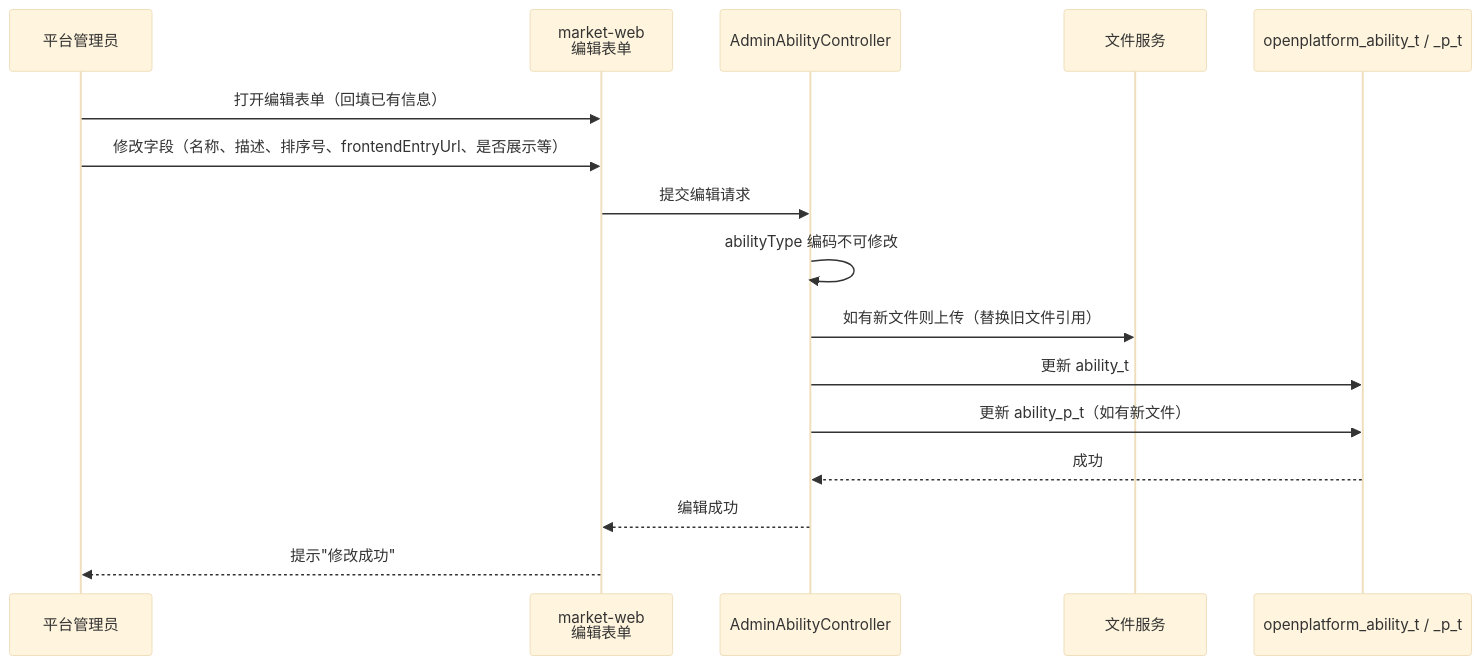
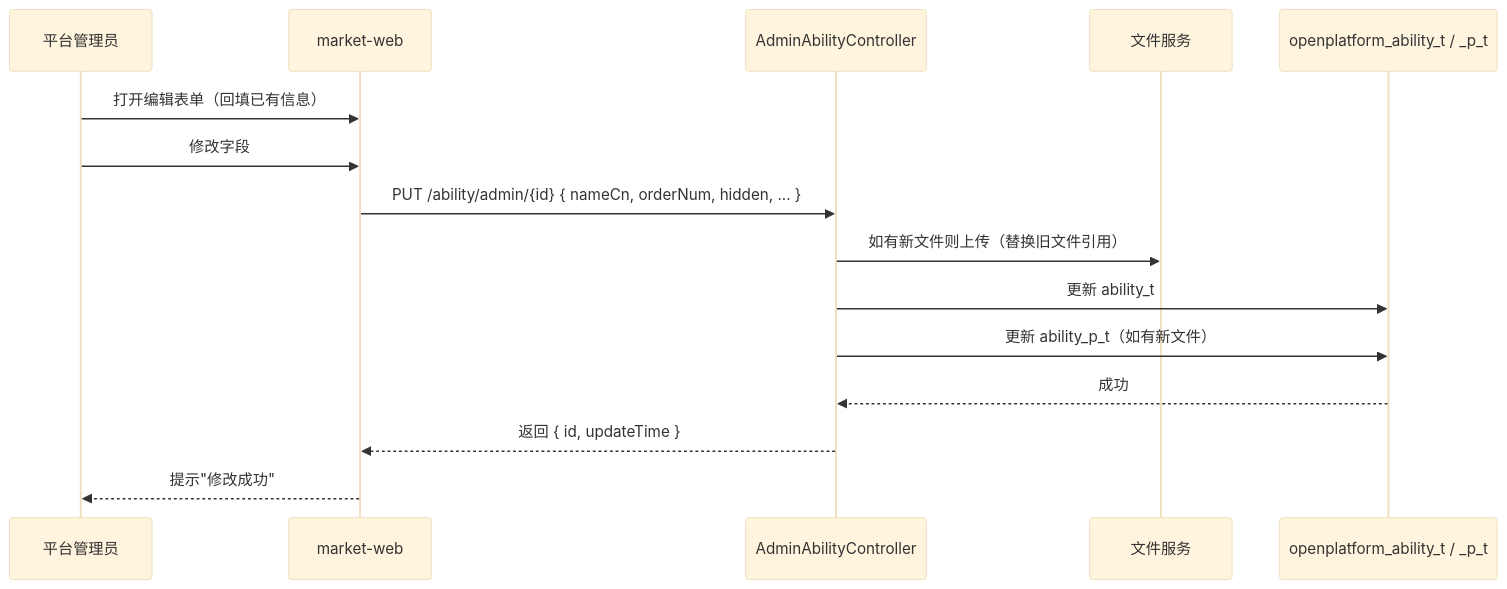
Before and after one commit to THZSummer/open-app: the fourth of 5 diagrams in .sddu/specs-tree-root/specs-tree-ability-embedding/specs-tree-embedding-platform/plan.md, drawn with Mermaid (base theme). The commit also changed other lines of this file, not shown here.

````diff
--- a/.sddu/specs-tree-root/specs-tree-ability-embedding/specs-tree-embedding-platform/plan.md
+++ b/.sddu/specs-tree-root/specs-tree-ability-embedding/specs-tree-embedding-platform/plan.md
@@ -195,19 +314,18 @@
 ```mermaid
 sequenceDiagram
     participant Admin as 平台管理员
-    participant Web as market-web<br/>编辑表单
+    participant Web as market-web
     participant AdminCtrl as AdminAbilityController
     participant FileSvc as 文件服务
     participant DB as openplatform_ability_t / _p_t
 
     Admin->>Web: 打开编辑表单（回填已有信息）
-    Admin->>Web: 修改字段（名称、描述、排序号、frontendEntryUrl、是否展示等）
-    Web->>AdminCtrl: 提交编辑请求
-    AdminCtrl->>AdminCtrl: abilityType 编码不可修改
+    Admin->>Web: 修改字段
+    Web->>AdminCtrl: PUT /ability/admin/{id} { nameCn, orderNum, hidden, ... }
     AdminCtrl->>FileSvc: 如有新文件则上传（替换旧文件引用）
     AdminCtrl->>DB: 更新 ability_t
     AdminCtrl->>DB: 更新 ability_p_t（如有新文件）
     DB-->>AdminCtrl: 成功
-    AdminCtrl-->>Web: 编辑成功
+    AdminCtrl-->>Web: 返回 { id, updateTime }
     Web-->>Admin: 提示"修改成功"
 ```
````
